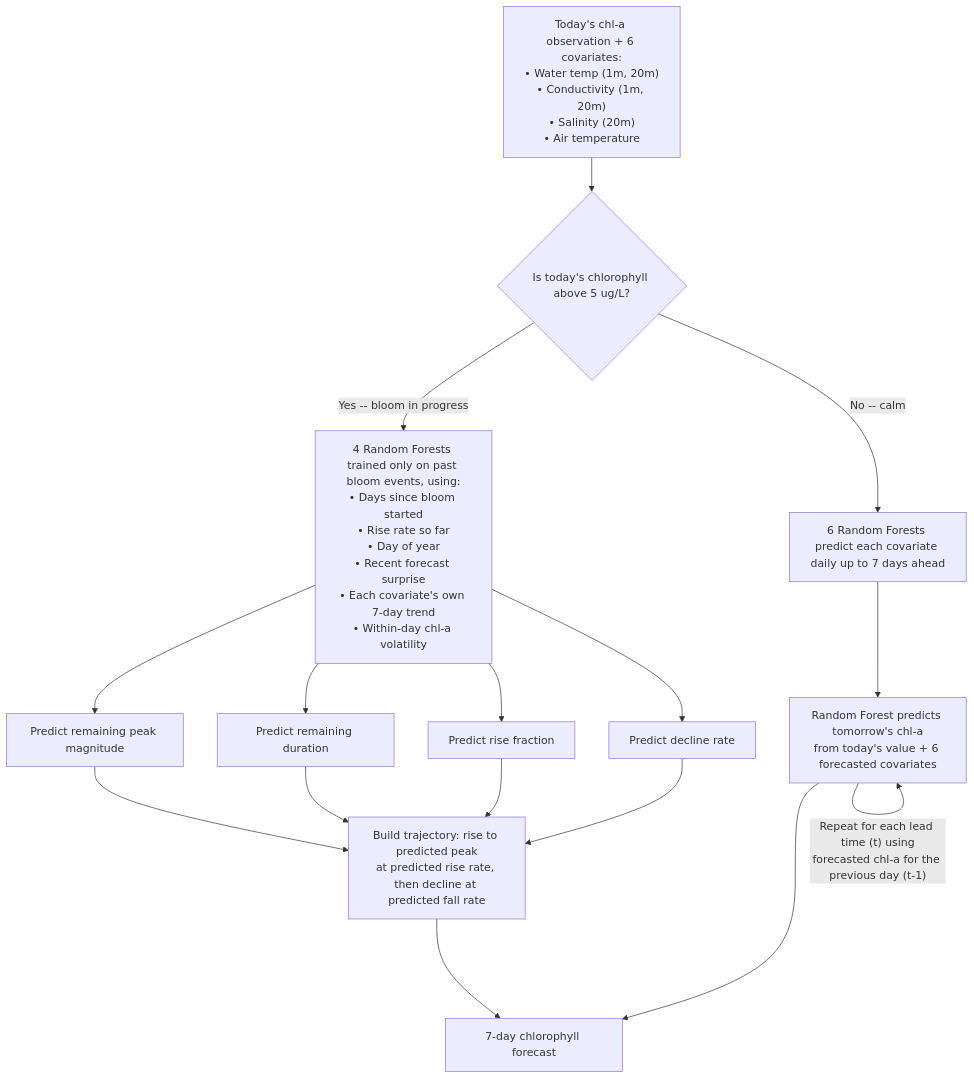
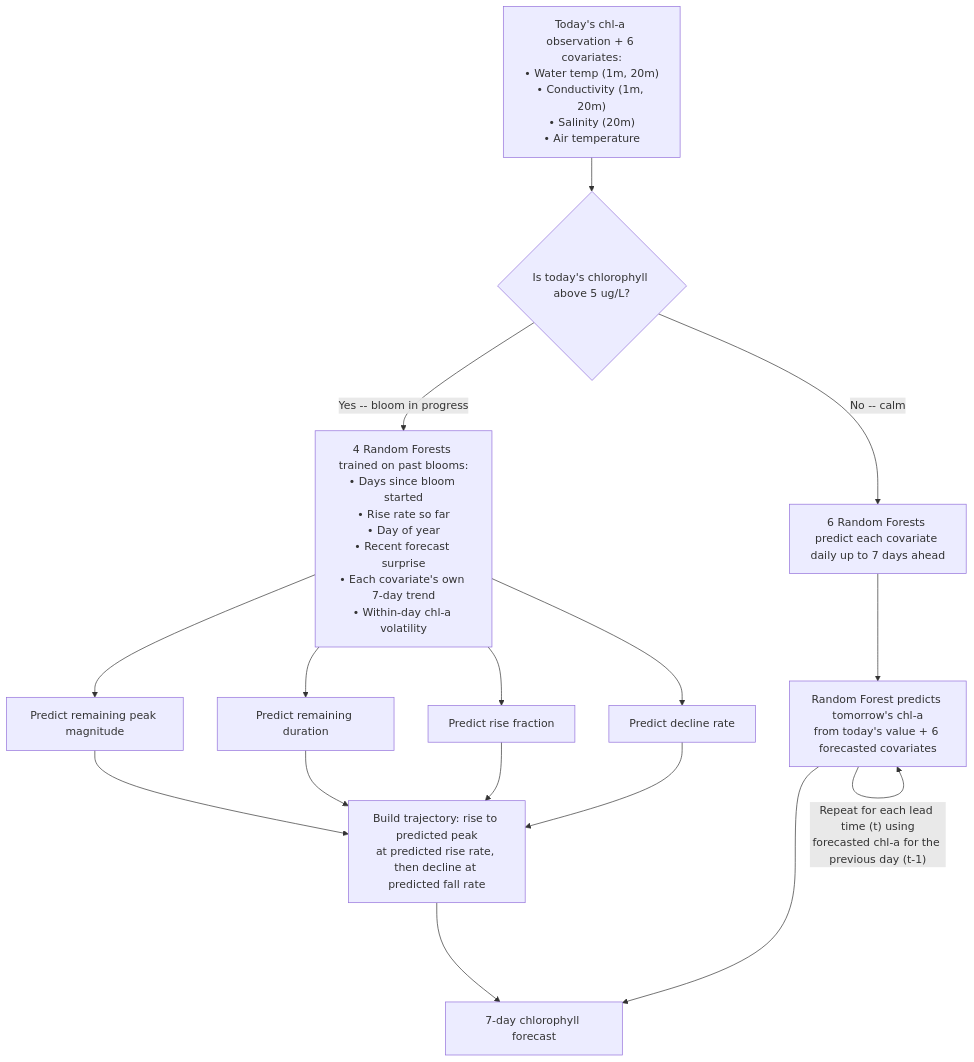
Before and after one commit to cami-webb/BloomBoard: the diagram in dashboard/documentation.qmd, drawn with Mermaid.

Commit message:
Shorten bloom-model box intro text

````diff
--- a/dashboard/documentation.qmd
+++ b/dashboard/documentation.qmd
@@ -8,21 +8,21 @@
 ```{mermaid}
 flowchart TD
     A["Today's chl-a observation + 6 covariates:<br/>&bull; Water temp (1m, 20m)<br/>&bull; Conductivity (1m, 20m)<br/>&bull; Salinity (20m)<br/>&bull; Air temperature"]
     A --> Q{"Is today's chlorophyll above 5 ug/L?"}
 
-    Q -->|"Yes -- bloom in progress"| BM["4 Random Forests trained only on past bloom events, using:<br/>&bull; Days since bloom started<br/>&bull; Rise rate so far<br/>&bull; Day of year<br/>&bull; Recent forecast surprise<br/>&bull; Each covariate's own 7-day trend<br/>&bull; Within-day chl-a volatility"]
+    Q -->|"Yes -- bloom in progress"| BM["4 Random Forests trained on past blooms:<br/>&bull; Days since bloom started<br/>&bull; Rise rate so far<br/>&bull; Day of year<br/>&bull; Recent forecast surprise<br/>&bull; Each covariate's own 7-day trend<br/>&bull; Within-day chl-a volatility"]
     BM --> BM1[Predict remaining peak magnitude]
     BM --> BM2[Predict remaining duration]
     BM --> BM4[Predict rise fraction]
     BM --> BM3[Predict decline rate]
     BM1 --> TRAJ["Build trajectory: rise to predicted peak<br/>at predicted rise rate, then decline at predicted fall rate"]
     BM2 --> TRAJ
     BM4 --> TRAJ
     BM3 --> TRAJ
     TRAJ --> OUT[7-day chlorophyll forecast]
 
     Q -->|"No -- calm"| CFC["6 Random Forests predict each covariate daily up to 7 days ahead"]
     CFC --> CM["Random Forest predicts tomorrow's chl-a<br/>from today's value + 6 forecasted covariates"]
     CM -->|"Repeat for each lead time (t) using<br/>forecasted chl-a for the previous day (t-1)"| CM
     CM --> OUT
 ```
````
